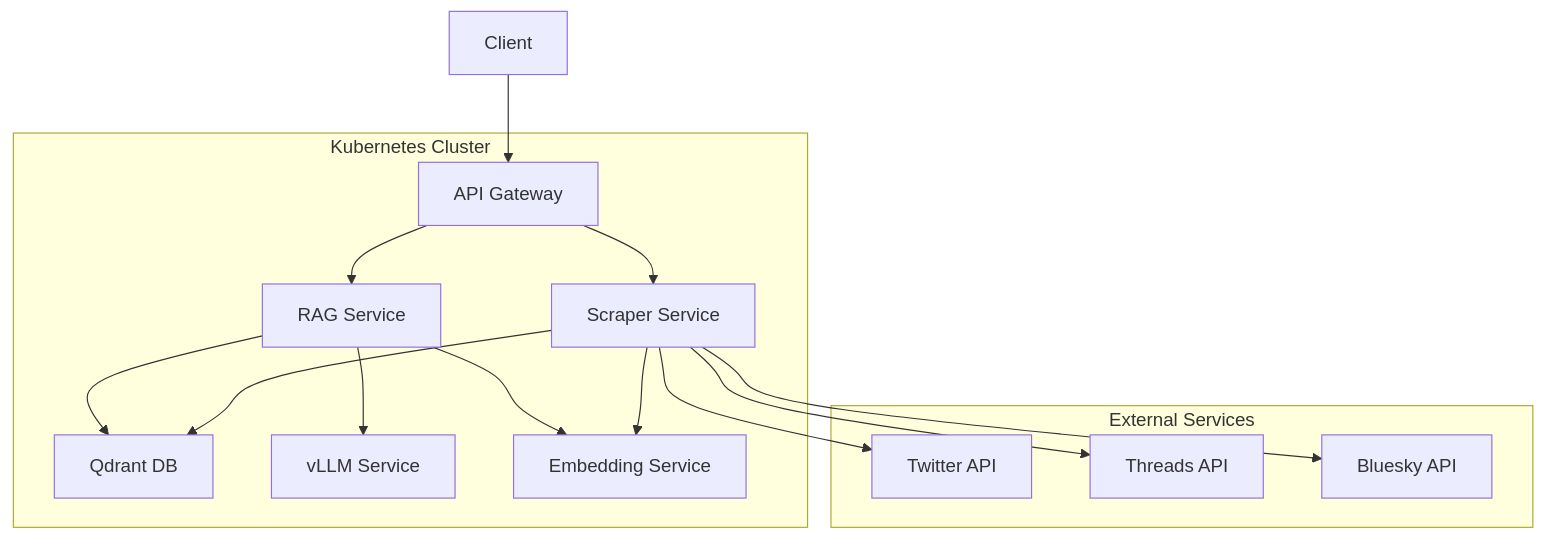
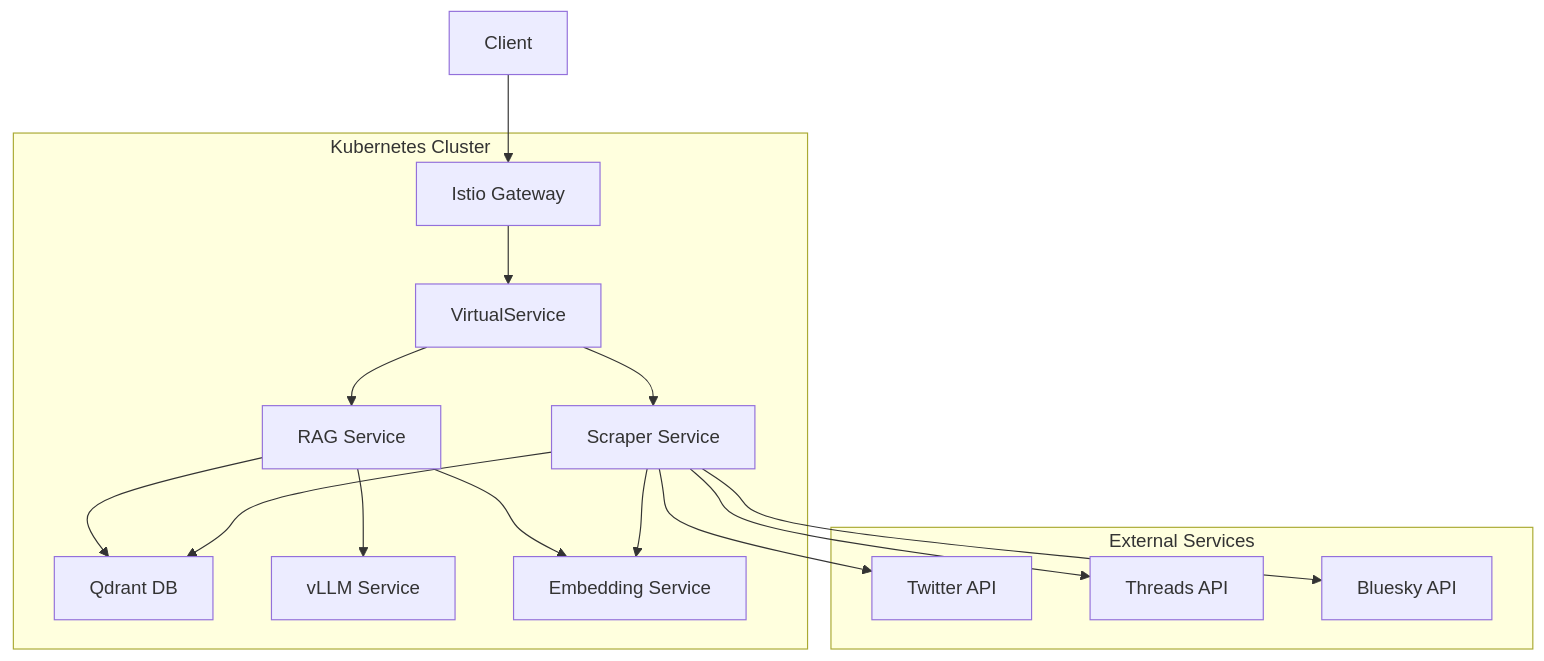
The diagram in README.md (codeamt/Istio-rag-service), drawn with Mermaid before and after one commit. The commit also changed other lines of this file and 15 other files, not shown here.

````diff
--- a/README.md
+++ b/README.md
@@ -69,31 +78,33 @@
 ```mermaid
 graph TD
-    A[Client] --> B[API Gateway]
-    B --> C[RAG Service]
-    B --> D[Scraper Service]
+    A[Client] --> B[Istio Gateway]
+    B --> C[VirtualService]
+    C --> D[RAG Service]
+    C --> E[Scraper Service]
     
-    C --> E[Qdrant DB]
-    C --> F[vLLM Service]
-    C --> G[Embedding Service]
+    D --> F[Qdrant DB]
+    D --> G[vLLM Service]
+    D --> H[Embedding Service]
     
-    D --> E
-    D --> G
-    D --> H[Twitter API]
-    D --> I[Threads API]
-    D --> J[Bluesky API]
+    E --> F
+    E --> H
+    E --> I[Twitter API]
+    E --> J[Threads API]
+    E --> K[Bluesky API]
     
     subgraph Kubernetes Cluster
         B
         C
         D
         E
         F
         G
+        H
     end
     
     subgraph External Services
-        H
         I
         J
+        K
     end
 ```
````
